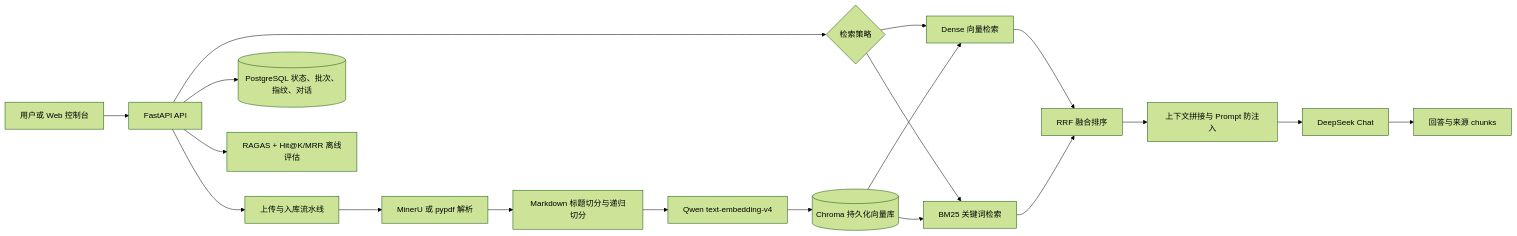
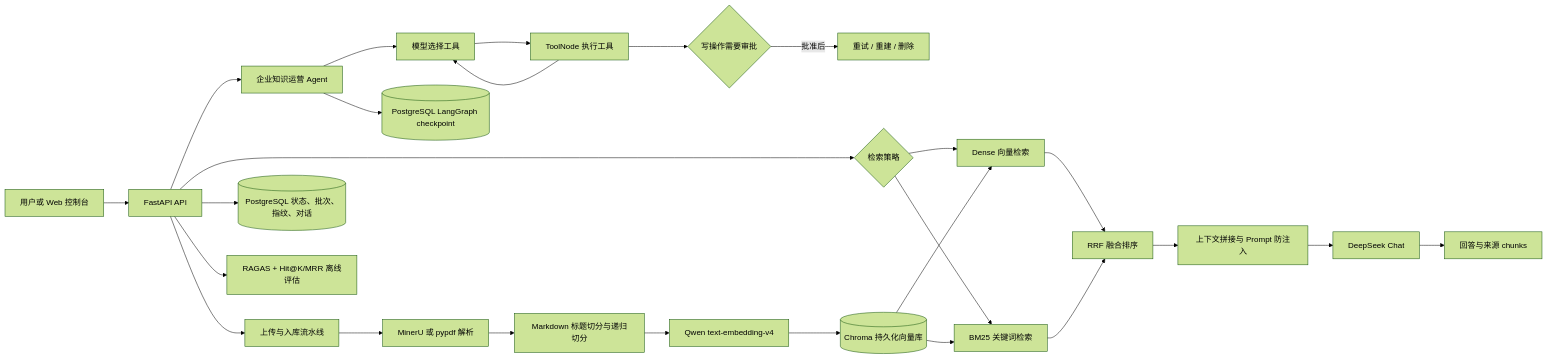
One commit to LutxOVO/enterprise-rag-agent changed the diagram in README.md. Above: the diagram before and after it, drawn with Mermaid (forest theme). The commit also changed other lines of this file and 54 other files, not shown here.

````diff
--- a/README.md
+++ b/README.md
@@ -11,21 +13,28 @@
 ```mermaid
 flowchart LR
     U[用户或 Web 控制台] --> API[FastAPI API]
+    API --> AGENT[企业知识运营 Agent]
+    AGENT --> MODEL[模型选择工具]
+    MODEL --> TOOLS[ToolNode 执行工具]
+    TOOLS --> MODEL
+    TOOLS --> APPROVAL{写操作需要审批}
+    APPROVAL -->|批准后| EFFECT[重试 / 重建 / 删除]
+    AGENT --> CHECKPOINT[(PostgreSQL LangGraph checkpoint)]
     API --> INGEST[上传与入库流水线]
     INGEST --> PARSE[MinerU 或 pypdf 解析]
     PARSE --> SPLIT[Markdown 标题切分与递归切分]
     SPLIT --> EMB[Qwen text-embedding-v4]
     EMB --> CHROMA[(Chroma 持久化向量库)]
     API --> RETRIEVE{检索策略}
     RETRIEVE --> DENSE[Dense 向量检索]
     RETRIEVE --> BM25[BM25 关键词检索]
     DENSE --> RRF[RRF 融合排序]
     BM25 --> RRF
     CHROMA --> DENSE
     CHROMA --> BM25
     RRF --> PROMPT[上下文拼接与 Prompt 防注入]
     PROMPT --> LLM[DeepSeek Chat]
     LLM --> ANSWER[回答与来源 chunks]
     API --> POSTGRES[(PostgreSQL 状态、批次、指纹、对话)]
     API --> EVAL[RAGAS + Hit@K/MRR 离线评估]
 ```
````
